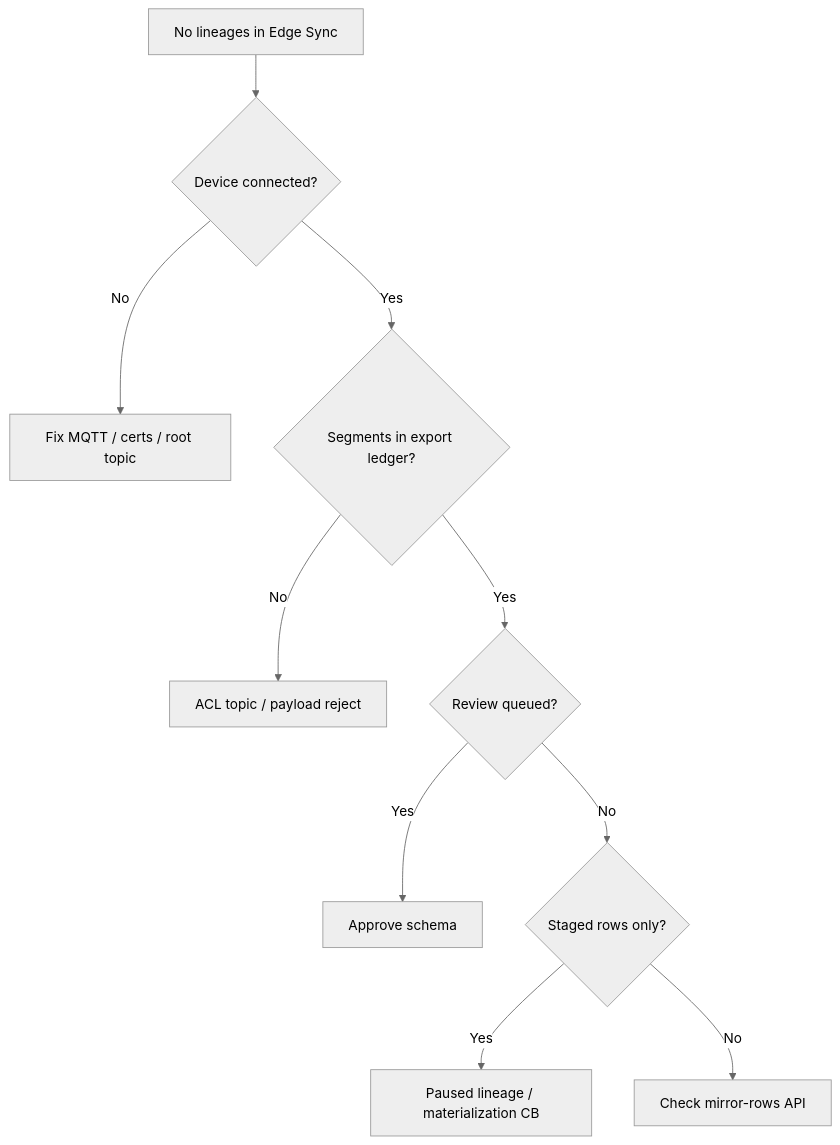
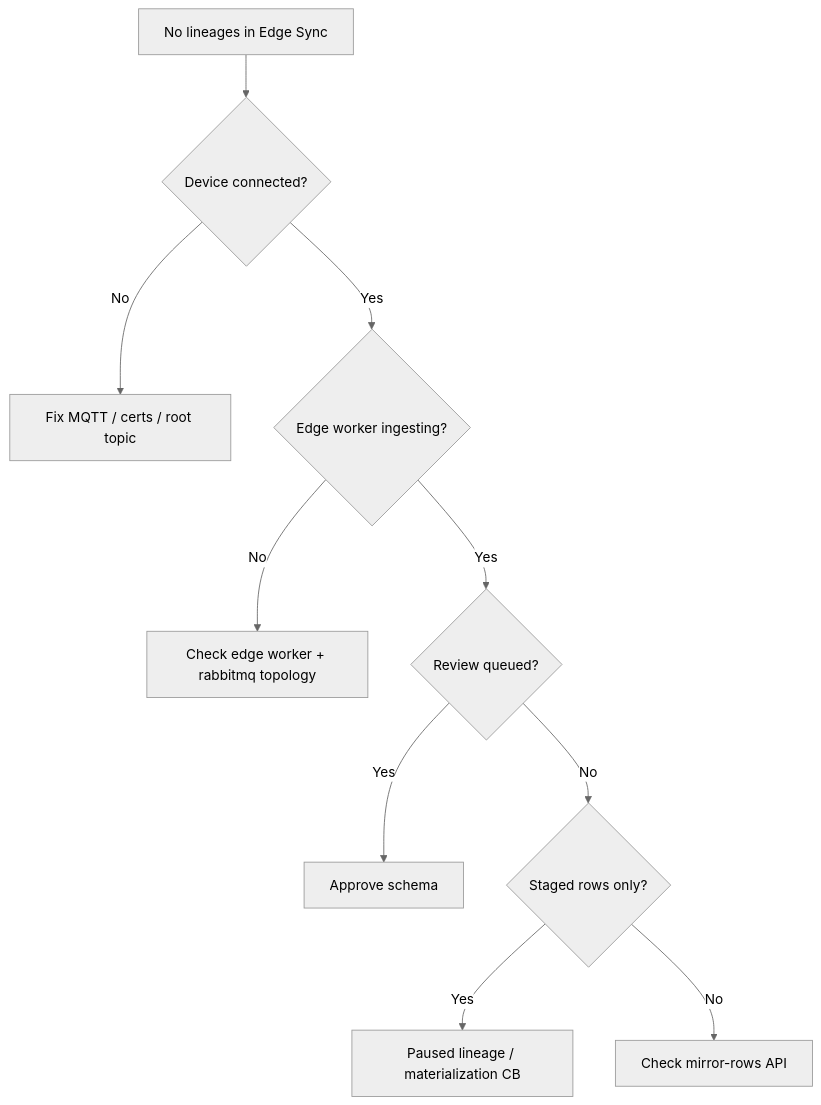
Before and after one commit to golain-io/docs: the diagram in edge/data-sync/troubleshooting.mdx, drawn with Mermaid (neutral theme). The commit also changed other lines of this file and 13 other files, not shown here.

First line of the commit message:
docs(edge): update Mintlify for edge v2 architecture

````diff
--- a/edge/data-sync/troubleshooting.mdx
+++ b/edge/data-sync/troubleshooting.mdx
@@ -10,12 +10,12 @@
 ```mermaid
 flowchart TD
   A[No lineages in Edge Sync] --> B{Device connected?}
   B -->|No| C[Fix MQTT / certs / root topic]
-  B -->|Yes| D{Segments in export ledger?}
-  D -->|No| E[ACL topic / payload reject]
+  B -->|Yes| D{Edge worker ingesting?}
+  D -->|No| E[Check edge worker + rabbitmq topology]
   D -->|Yes| F{Review queued?}
   F -->|Yes| G[Approve schema]
   F -->|No| H{Staged rows only?}
   H -->|Yes| I[Paused lineage / materialization CB]
   H -->|No| J[Check mirror-rows API]
 ```
````
